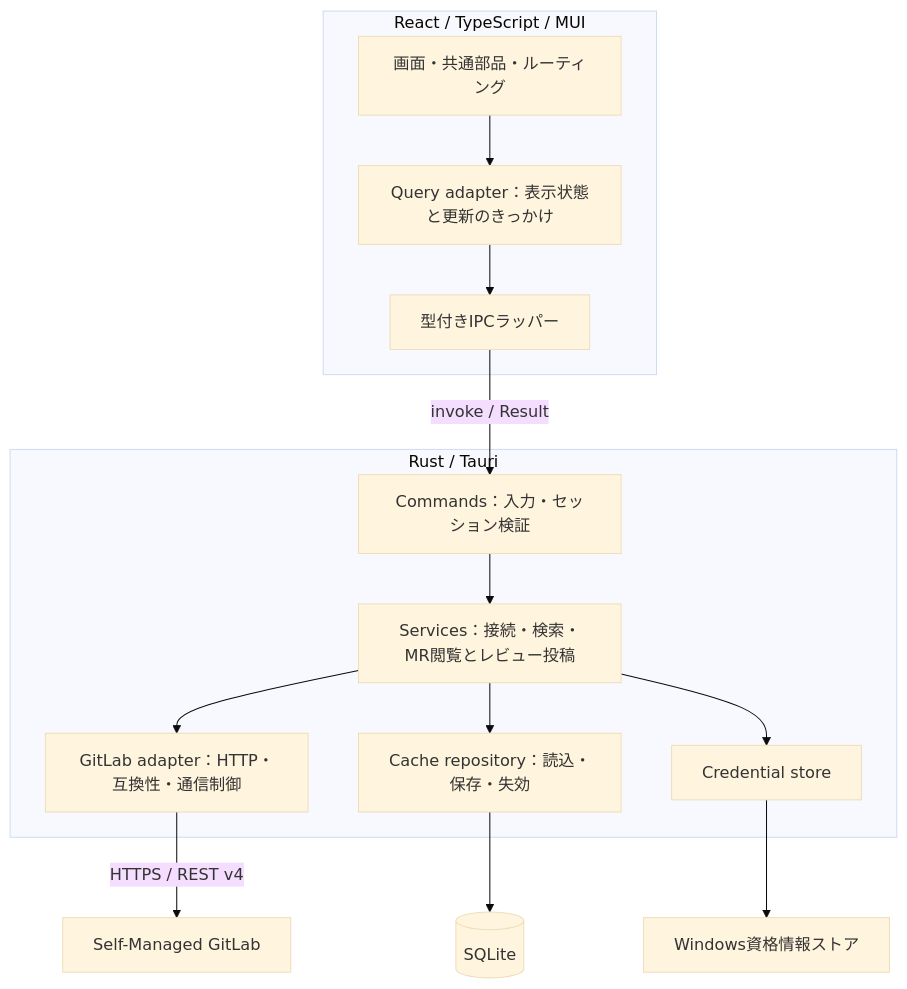
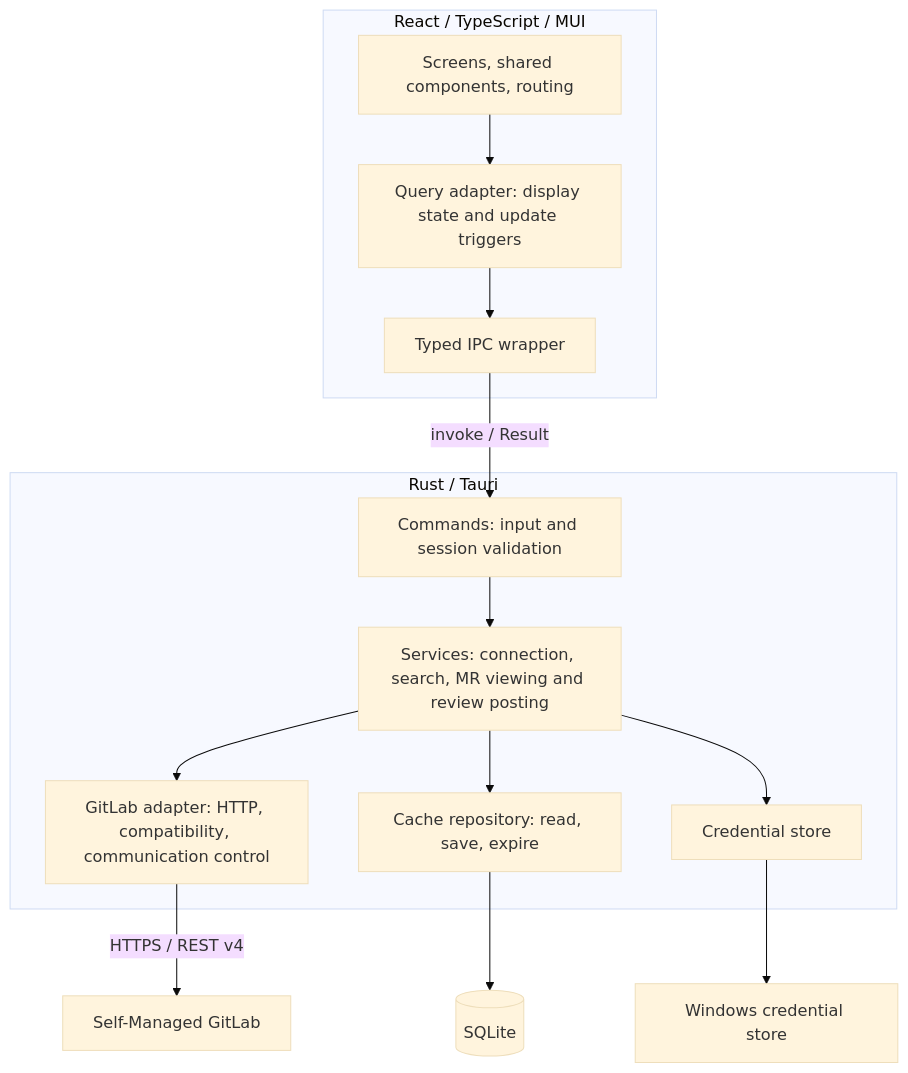
Before and after one commit to ota-takeru/gitlab-desktop: the diagram in docs/architecture.md, drawn with Mermaid (base theme). The commit also changed other lines of this file and 13 other files, not shown here.

````diff
--- a/docs/architecture.md
+++ b/docs/architecture.md
@@ -34,24 +34,24 @@
 ```mermaid
 flowchart TB
   subgraph UI[React / TypeScript / MUI]
-    View[画面・共通部品・ルーティング]
-    Query[Query adapter：表示状態と更新のきっかけ]
-    Bridge[型付きIPCラッパー]
+    View[Screens, shared components, routing]
+    Query[Query adapter: display state and update triggers]
+    Bridge[Typed IPC wrapper]
     View --> Query --> Bridge
   end
   subgraph Native[Rust / Tauri]
-    Commands[Commands：入力・セッション検証]
-    App[Services：接続・検索・MR閲覧とレビュー投稿]
-    Gateway[GitLab adapter：HTTP・互換性・通信制御]
-    Cache[Cache repository：読込・保存・失効]
+    Commands[Commands: input and session validation]
+    App[Services: connection, search, MR viewing and review posting]
+    Gateway[GitLab adapter: HTTP, compatibility, communication control]
+    Cache[Cache repository: read, save, expire]
     Credentials[Credential store]
     Commands --> App
     App --> Gateway
     App --> Cache
     App --> Credentials
   end
   Bridge -->|invoke / Result| Commands
   Gateway -->|HTTPS / REST v4| GitLab[Self-Managed GitLab]
   Cache --> DB[(SQLite)]
-  Credentials --> Vault[Windows資格情報ストア]
+  Credentials --> Vault[Windows credential store]
 ```
````
